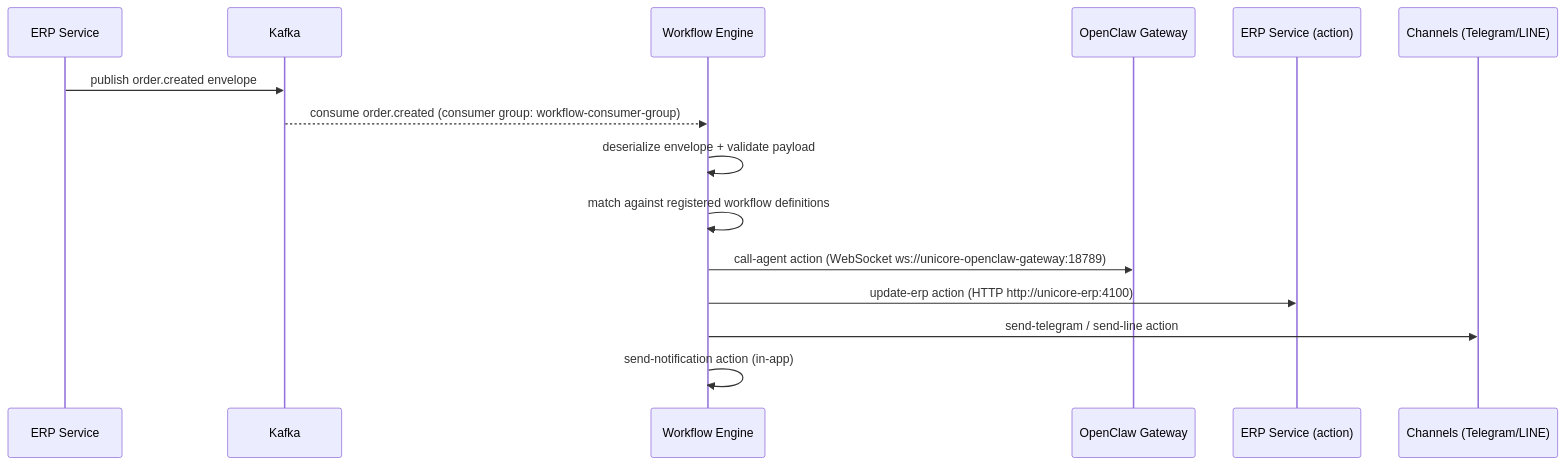
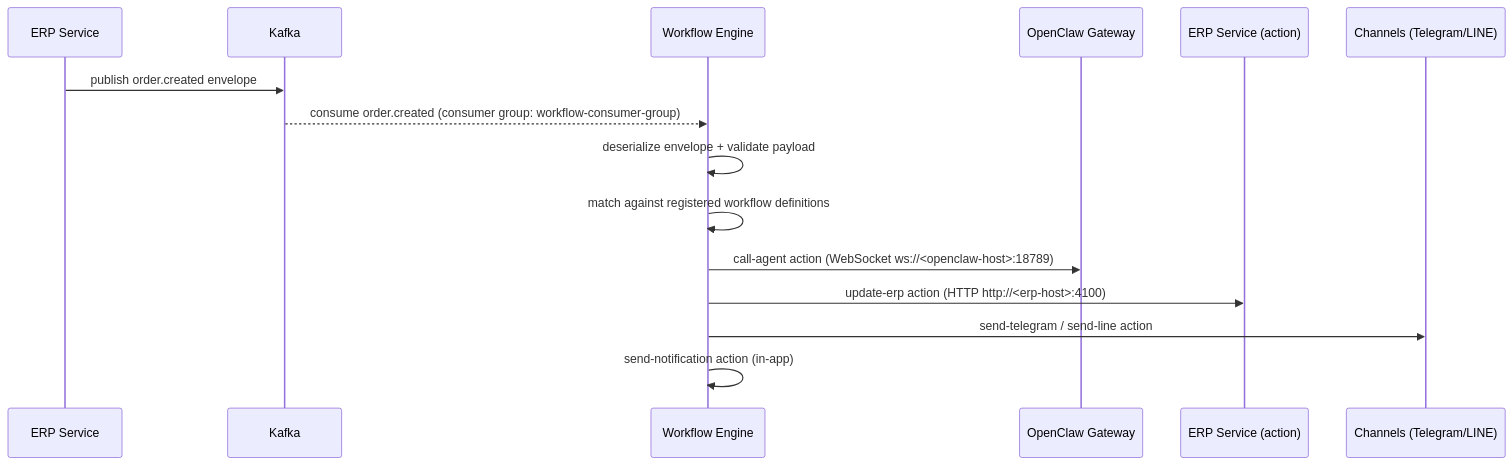
The diagram in architecture/messaging.md (bemindlabs/unicore-ecosystem-docs), drawn with Mermaid before and after one commit.

Commit message:
auto: update 1 file(s) in unicore-ecosystem-docs

````diff
--- a/architecture/messaging.md
+++ b/architecture/messaging.md
@@ -177,18 +177,18 @@
 ```mermaid
 sequenceDiagram
   participant ERP as ERP Service
   participant KF as Kafka
   participant WF as Workflow Engine
   participant OC as OpenClaw Gateway
   participant ERP2 as ERP Service (action)
   participant CH as Channels (Telegram/LINE)
 
   ERP->>KF: publish order.created envelope
   KF-->>WF: consume order.created (consumer group: workflow-consumer-group)
   WF->>WF: deserialize envelope + validate payload
   WF->>WF: match against registered workflow definitions
-  WF->>OC: call-agent action (WebSocket ws://unicore-openclaw-gateway:18789)
-  WF->>ERP2: update-erp action (HTTP http://unicore-erp:4100)
+  WF->>OC: call-agent action (WebSocket ws://<openclaw-host>:18789)
+  WF->>ERP2: update-erp action (HTTP http://<erp-host>:4100)
   WF->>CH: send-telegram / send-line action
   WF->>WF: send-notification action (in-app)
 ```
````
